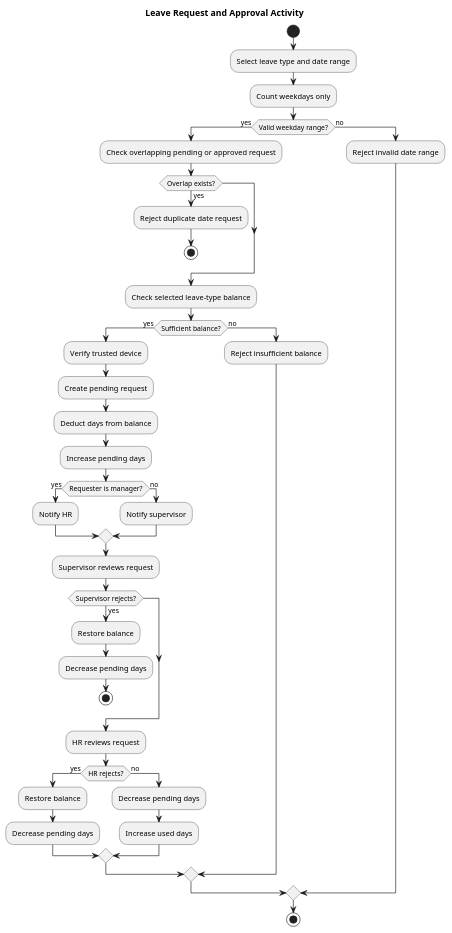
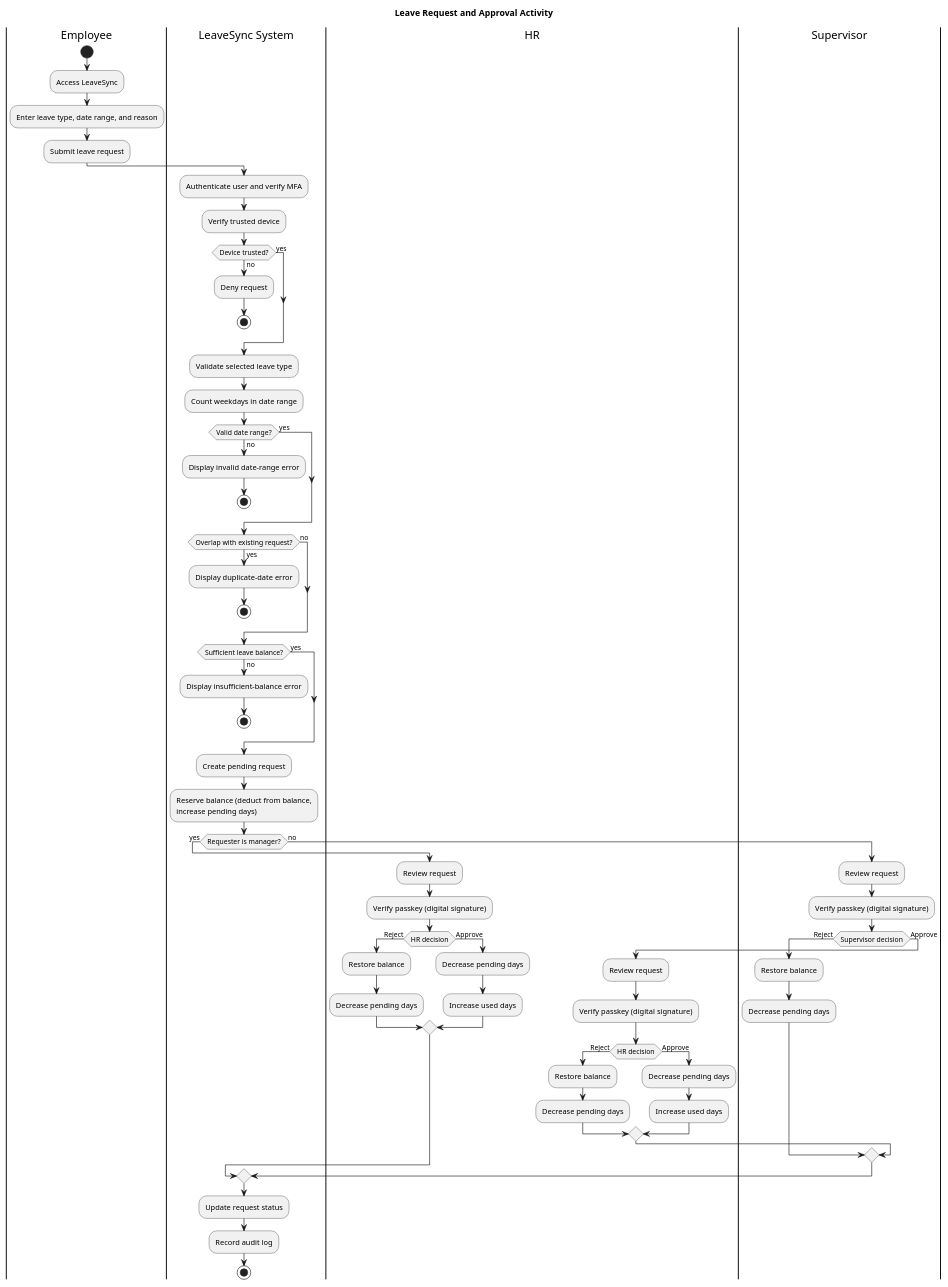
One commit to jjurencastro/leavesync changed the diagram in docs/diagrams/leave_request_activity.puml. Above: the diagram before and after it, drawn with PlantUML. The commit also changed 40 other files, not shown here.

```diff
--- a/docs/diagrams/leave_request_activity.puml
+++ b/docs/diagrams/leave_request_activity.puml
@@ -1,45 +1,74 @@
 @startuml
 !pragma layout smetana
- title Leave Request and Approval Activity
- start
- :Select leave type and date range;
- :Count weekdays only;
- if (Valid weekday range?) then (yes)
-   :Check overlapping pending or approved request;
-   if (Overlap exists?) then (yes)
-     :Reject duplicate date request;
-     stop
-   endif
-   :Check selected leave-type balance;
-   if (Sufficient balance?) then (yes)
-     :Verify trusted device;
-     :Create pending request;
-     :Deduct days from balance;
-     :Increase pending days;
-     if (Requester is manager?) then (yes)
-       :Notify HR;
-     else (no)
-       :Notify supervisor;
-     endif
-     :Supervisor reviews request;
-     if (Supervisor rejects?) then (yes)
-       :Restore balance;
-       :Decrease pending days;
-       stop
-     endif
-     :HR reviews request;
-     if (HR rejects?) then (yes)
-       :Restore balance;
-       :Decrease pending days;
-     else (no)
-       :Decrease pending days;
-       :Increase used days;
-     endif
-   else (no)
-     :Reject insufficient balance;
-   endif
- else (no)
-   :Reject invalid date range;
- endif
- stop
+title Leave Request and Approval Activity
+
+|Employee|
+start
+:Access LeaveSync;
+:Enter leave type, date range, and reason;
+:Submit leave request;
+
+|LeaveSync System|
+:Authenticate user and verify MFA;
+:Verify trusted device;
+if (Device trusted?) then (no)
+  :Deny request;
+  stop
+else (yes)
+endif
+:Validate selected leave type;
+:Count weekdays in date range;
+if (Valid date range?) then (no)
+  :Display invalid date-range error;
+  stop
+else (yes)
+endif
+if (Overlap with existing request?) then (yes)
+  :Display duplicate-date error;
+  stop
+else (no)
+endif
+if (Sufficient leave balance?) then (no)
+  :Display insufficient-balance error;
+  stop
+else (yes)
+endif
+:Create pending request;
+:Reserve balance (deduct from balance,\nincrease pending days);
+if (Requester is manager?) then (yes)
+  |HR|
+  :Review request;
+  :Verify passkey (digital signature);
+  if (HR decision) then (Reject)
+    :Restore balance;
+    :Decrease pending days;
+  else (Approve)
+    :Decrease pending days;
+    :Increase used days;
+  endif
+else (no)
+  |Supervisor|
+  :Review request;
+  :Verify passkey (digital signature);
+  if (Supervisor decision) then (Reject)
+    :Restore balance;
+    :Decrease pending days;
+  else (Approve)
+    |HR|
+    :Review request;
+    :Verify passkey (digital signature);
+    if (HR decision) then (Reject)
+      :Restore balance;
+      :Decrease pending days;
+    else (Approve)
+      :Decrease pending days;
+      :Increase used days;
+    endif
+  endif
+endif
+
+|LeaveSync System|
+:Update request status;
+:Record audit log;
+stop
 @enduml
```
